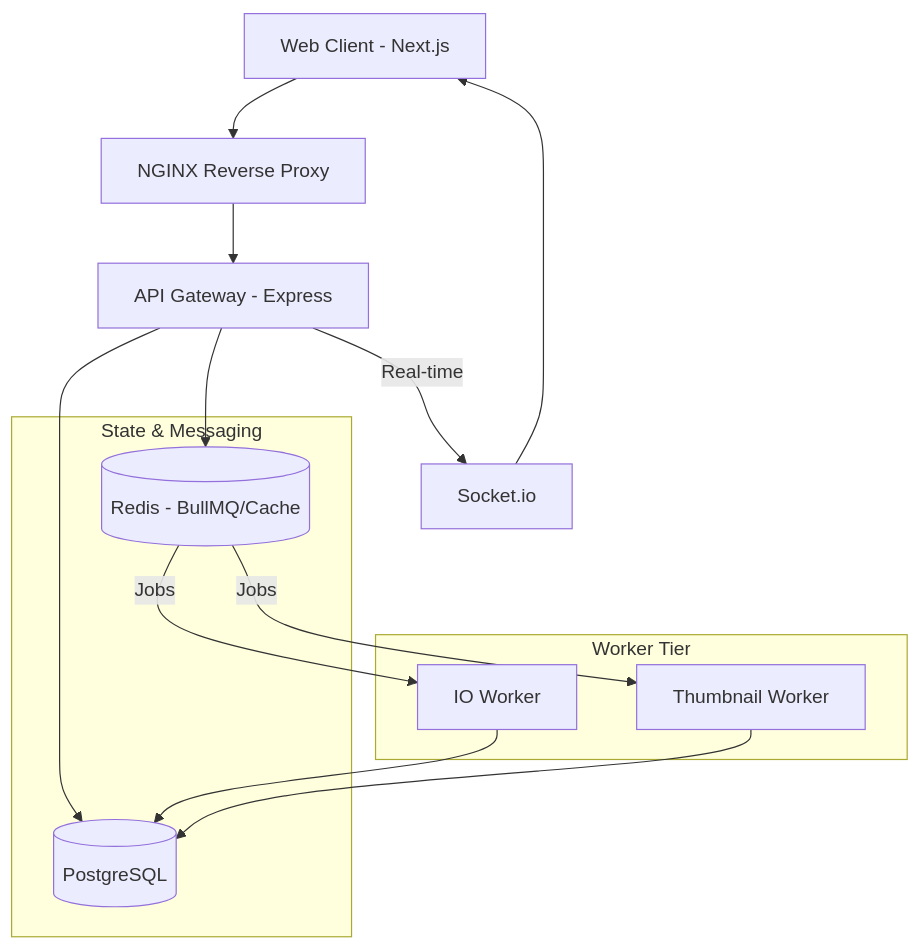
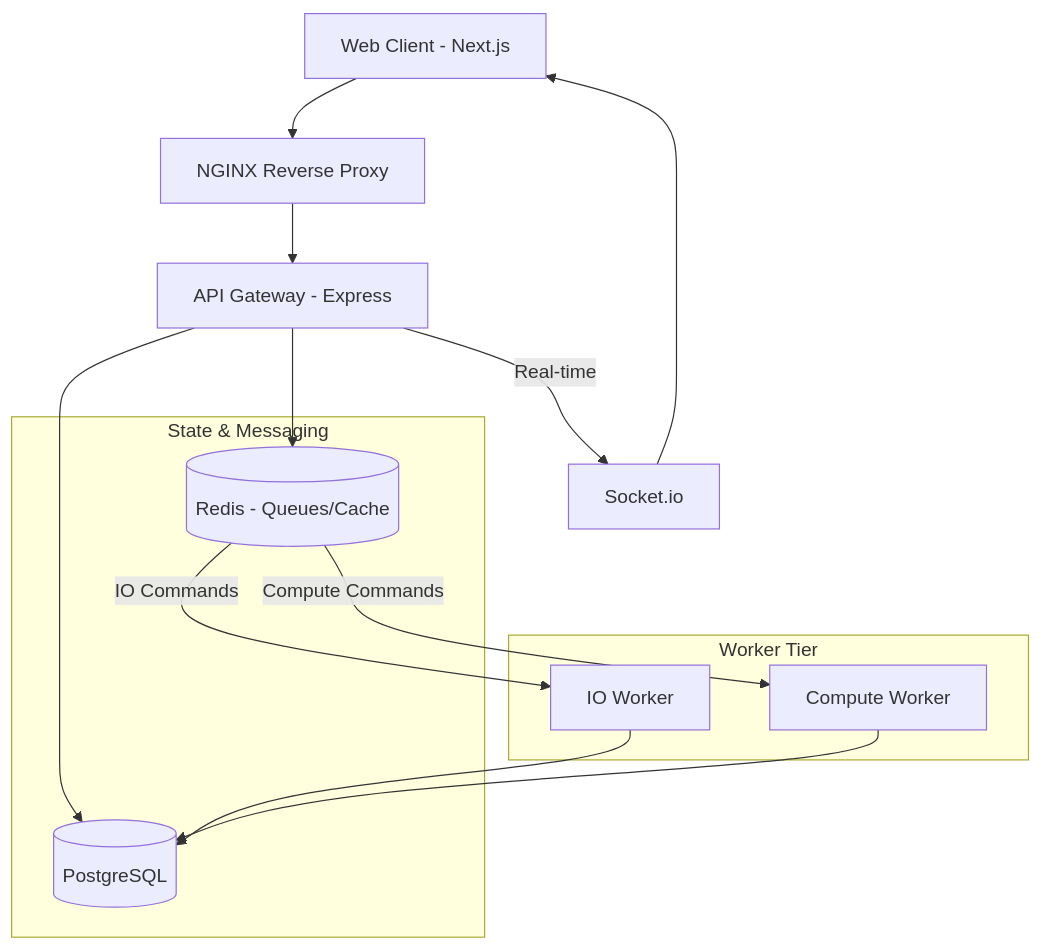
The diagram in SYSTEM_DESIGN.md (Tauseef-Hilal/homelab), drawn with Mermaid before and after one commit. The commit also changed other lines of this file and 18 other files, not shown here.

````diff
--- a/SYSTEM_DESIGN.md
+++ b/SYSTEM_DESIGN.md
@@ -13,27 +13,27 @@
 ```mermaid
 graph TD
     Client[Web Client - Next.js] --> Nginx[NGINX Reverse Proxy]
     Nginx --> API[API Gateway - Express]
 
     subgraph "State & Messaging"
         DB[(PostgreSQL)]
-        Redis[(Redis - BullMQ/Cache)]
+        Redis[(Redis - Queues/Cache)]
     end
 
     API --> DB
     API --> Redis
 
     subgraph "Worker Tier"
         IO[IO Worker]
-        TN[Thumbnail Worker]
+        Compute[Compute Worker]
     end
 
-    Redis -- Jobs --> IO
-    Redis -- Jobs --> TN
+    Redis -- IO Commands --> IO
+    Redis -- Compute Commands --> Compute
 
     IO --> DB
-    TN --> DB
+    Compute --> DB
 
     API -- Real-time --> Sockets[Socket.io]
     Sockets --> Client
 ```
````
